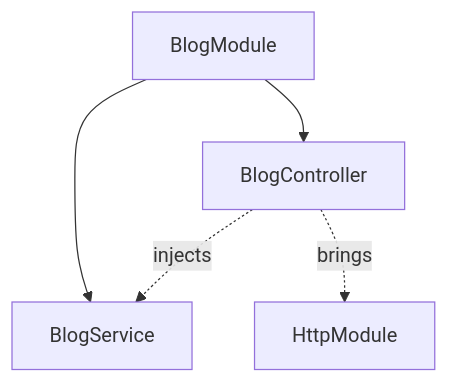
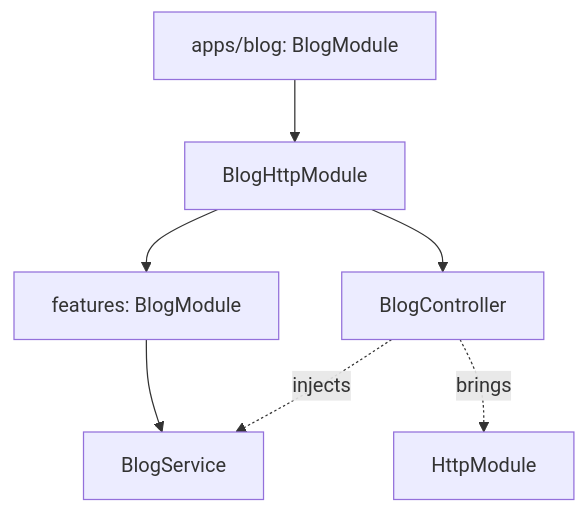
The first of 4 diagrams in docs/src/content/docs/fundamentals/modules.mdx (YV17labs/NestRS), drawn with Mermaid before and after one commit. The commit also changed other lines of this file and 11 other files, not shown here.

````diff
--- a/docs/src/content/docs/fundamentals/modules.mdx
+++ b/docs/src/content/docs/fundamentals/modules.mdx
@@ -47,7 +60,9 @@
 ```mermaid
 flowchart TB
-  BM[BlogModule] --> BS[BlogService]
-  BM --> BC[BlogController]
+  BM[apps/blog: BlogModule] --> BHM[BlogHttpModule]
+  BHM --> BP[features: BlogModule]
+  BHM --> BC[BlogController]
+  BP --> BS[BlogService]
   BC -. "injects" .-> BS
   BC -. "brings" .-> HM[HttpModule]
 ```
````
